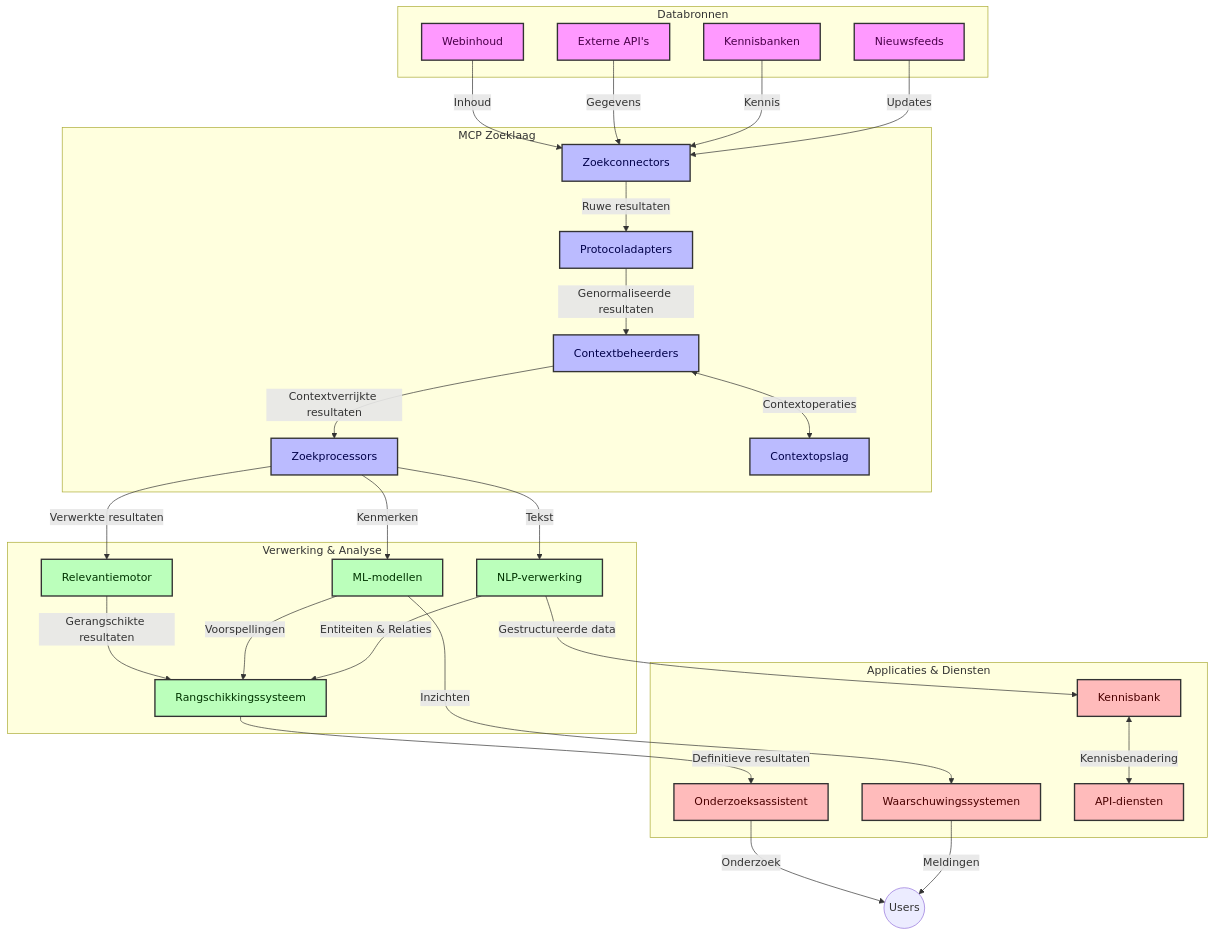
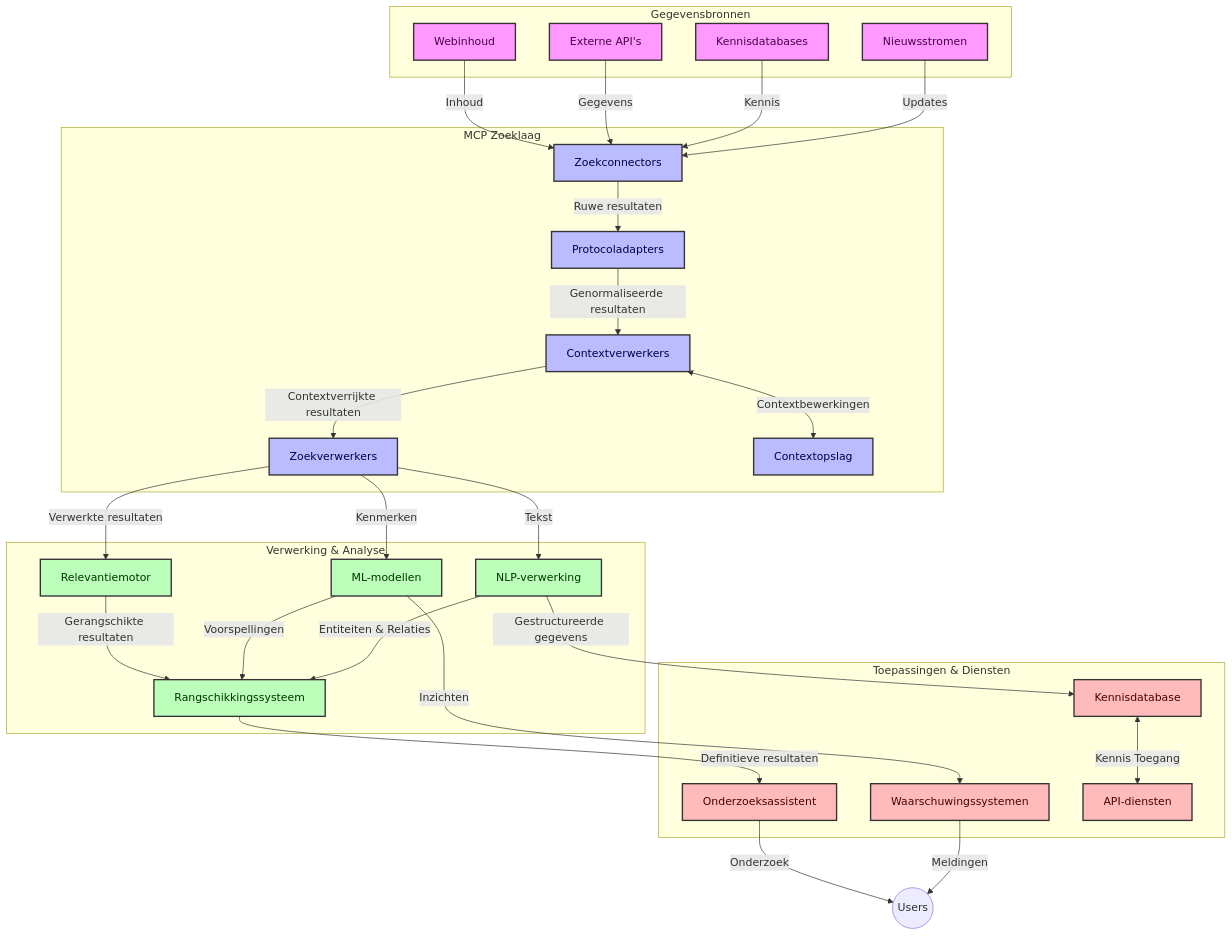
One commit to microsoft/mcp-for-beginners changed the first of 4 diagrams in translations/nl/05-AdvancedTopics/mcp-realtimesearch/README.md. Above: the diagram before and after it, drawn with Mermaid. The commit also changed other lines of this file and 139 other files, not shown here.

````diff
--- a/translations/nl/05-AdvancedTopics/mcp-realtimesearch/README.md
+++ b/translations/nl/05-AdvancedTopics/mcp-realtimesearch/README.md
@@ -109,66 +109,66 @@
 ```mermaid
 graph TD
-    subgraph "Databronnen"
+    subgraph "Gegevensbronnen"
         Web[Webinhoud]
         APIs[Externe API's]
-        DB[Kennisbanken]
-        News[Nieuwsfeeds]
+        DB[Kennisdatabases]
+        News[Nieuwsstromen]
     end
 
     subgraph "MCP Zoeklaag"
         SC[Zoekconnectors]
         PA[Protocoladapters]
-        CH[Contextbeheerders]
-        SP[Zoekprocessors]
+        CH[Contextverwerkers]
+        SP[Zoekverwerkers]
         CS[Contextopslag]
     end
 
     subgraph "Verwerking & Analyse"
         RE[Relevantiemotor]
         ML[ML-modellen]
         NLP[NLP-verwerking]
         Rank[Rangschikkingssysteem]
     end
 
-    subgraph "Applicaties & Diensten"
+    subgraph "Toepassingen & Diensten"
         RA[Onderzoeksassistent]
         Alerts[Waarschuwingssystemen]
-        KB[Kennisbank]
+        KB[Kennisdatabase]
         API[API-diensten]
     end
 
     Web -->|Inhoud| SC
     APIs -->|Gegevens| SC
     DB -->|Kennis| SC
     News -->|Updates| SC
     
     SC -->|Ruwe resultaten| PA
     PA -->|Genormaliseerde resultaten| CH
-    CH <-->|Contextoperaties| CS
+    CH <-->|Contextbewerkingen| CS
     CH -->|Contextverrijkte resultaten| SP
     SP -->|Verwerkte resultaten| RE
     SP -->|Kenmerken| ML
     SP -->|Tekst| NLP
     
     RE -->|Gerangschikte resultaten| Rank
     ML -->|Voorspellingen| Rank
     NLP -->|Entiteiten & Relaties| Rank
     
     Rank -->|Definitieve resultaten| RA
     ML -->|Inzichten| Alerts
-    NLP -->|Gestructureerde data| KB
+    NLP -->|Gestructureerde gegevens| KB
     
     RA -->|Onderzoek| Users((Users))
     Alerts -->|Meldingen| Users
-    KB <-->|Kennisbenadering| API
+    KB <-->|Kennis Toegang| API
 
     classDef sources fill:#f9f,stroke:#333,stroke-width:2px,color:#4a004a
     classDef mcp fill:#bbf,stroke:#333,stroke-width:2px,color:#00004a
     classDef processing fill:#bfb,stroke:#333,stroke-width:2px,color:#003300
     classDef apps fill:#fbb,stroke:#333,stroke-width:2px,color:#4a0000
     
     class Web,APIs,DB,News sources
     class SC,PA,CH,SP,CS mcp
     class RE,ML,NLP,Rank processing
     class RA,Alerts,KB,API apps
 ```
````
